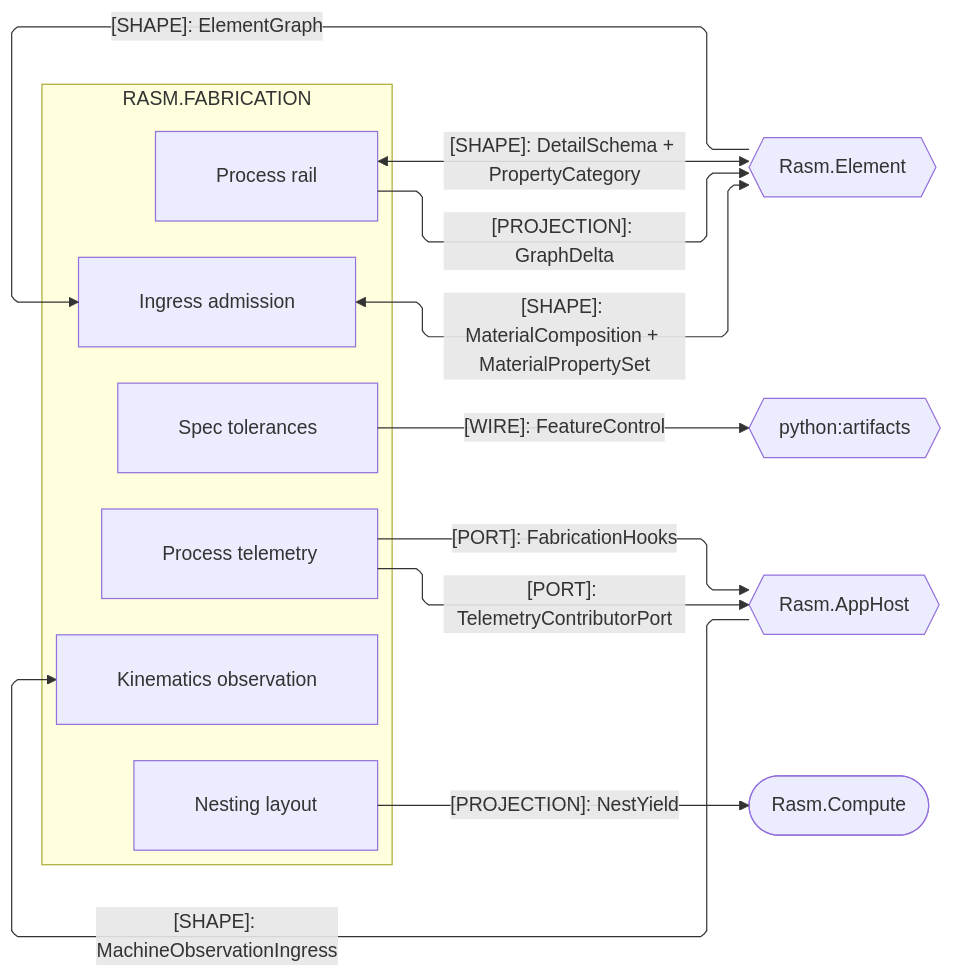
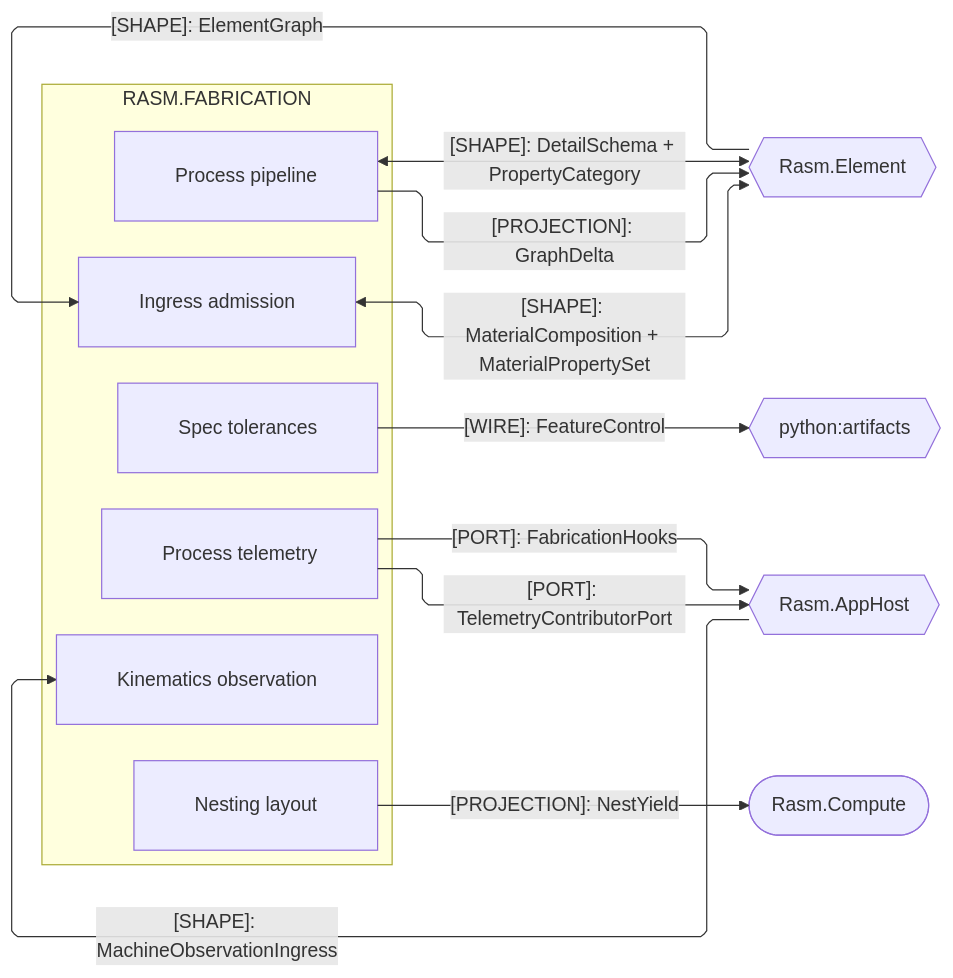
One commit to bsamiee/Rasm changed the second of 4 diagrams in libs/dotnet/Rasm.Fabrication/ARCHITECTURE.md. Above: the diagram before and after it, drawn with Mermaid. The commit also changed other lines of this file and 1997 other files, not shown here.

````diff
--- a/libs/dotnet/Rasm.Fabrication/ARCHITECTURE.md
+++ b/libs/dotnet/Rasm.Fabrication/ARCHITECTURE.md
@@ -191,33 +191,33 @@
 ```mermaid
 ---
 config:
   layout: elk
   flowchart:
     curve: linear
     padding: 25
 ---
 flowchart LR
-    accTitle: Fabrication AEC-domain peer seams
+    accTitle: Fabrication AEC-domain peer interfaces
     accDescr: Fabrication owners exchanging projector, graph, tolerance, yield, and telemetry contracts with the AEC peers and the artifacts plane.
     subgraph fabrication[RASM.FABRICATION]
-        Process[Process rail]
+        Process[Process pipeline]
         Telemetry[Process telemetry]
         Ingress[Ingress admission]
         Kinematics[Kinematics observation]
         Nesting[Nesting layout]
         Spec[Spec tolerances]
     end
     Element{{Rasm.Element}}
     Artifacts{{python:artifacts}}
     AppHost{{Rasm.AppHost}}
     Compute([Rasm.Compute])
     Process e1@-->|"[PROJECTION]: GraphDelta"| Element
     Element e2@-->|"[SHAPE]: ElementGraph"| Ingress
     Ingress e3@<-->|"[SHAPE]: MaterialComposition + MaterialPropertySet"| Element
     Process e4@<-->|"[SHAPE]: DetailSchema + PropertyCategory"| Element
     Spec e5@-->|"[WIRE]: FeatureControl"| Artifacts
     Telemetry e6@-->|"[PORT]: TelemetryContributorPort"| AppHost
     Telemetry e8@-->|"[PORT]: FabricationHooks"| AppHost
     AppHost e9@-->|"[SHAPE]: MachineObservationIngress"| Kinematics
     Nesting e10@-->|"[PROJECTION]: NestYield"| Compute
 ```
````
